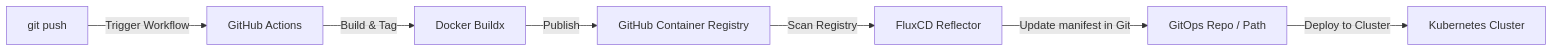
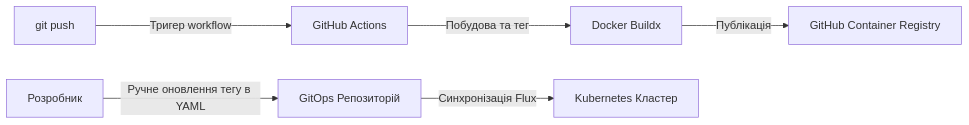
Before and after one commit to mkdir28/hackathon-devops: the diagram in doc/cicd.md, drawn with Mermaid. The commit also changed other lines of this file and 22 other files, not shown here.

Commit message:
cicd: Directory-based env GitOps - unified clusters/k8s directory with dev/prod overlays (#5)

````diff
--- a/doc/cicd.md
+++ b/doc/cicd.md
@@ -9,9 +9,8 @@
 ```mermaid
 graph LR
-    Push[git push] -->|Trigger Workflow| GHA[GitHub Actions]
-    GHA -->|Build & Tag| Docker[Docker Buildx]
-    Docker -->|Publish| GHCR[GitHub Container Registry]
-    GHCR -->|Scan Registry| Flux[FluxCD Reflector]
-    Flux -->|Update manifest in Git| GitOps[GitOps Repo / Path]
-    GitOps -->|Deploy to Cluster| K8s[Kubernetes Cluster]
+    Push[git push] -->|Тригер workflow| GHA[GitHub Actions]
+    GHA -->|Побудова та тег| Docker[Docker Buildx]
+    Docker -->|Публікація| GHCR[GitHub Container Registry]
+    Developer[Розробник] -->|Ручне оновлення тегу в YAML| GitOps[GitOps Репозиторій]
+    GitOps -->|Синхронізація Flux| K8s[Kubernetes Кластер]
 ```
````
